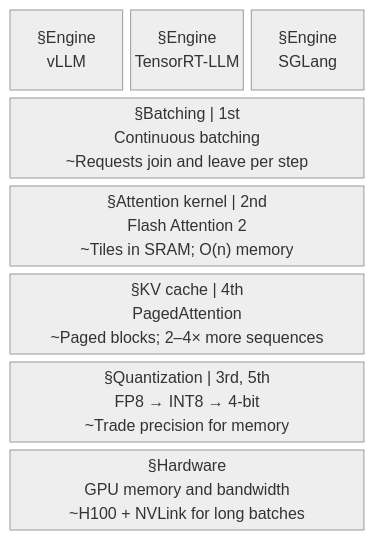
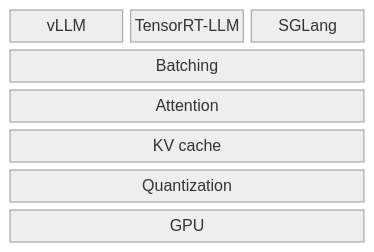
Before and after one commit to ninadpathak/ninadpathak: the diagram in content/diagrams/llm-inference-optimization/inference-stack.mmd, drawn with Mermaid (neutral theme). The commit also changed 64 other files, not shown here.

First line of the commit message:
Make article images visual: glyph library, word budget, and v3 samples

```diff
--- a/content/diagrams/llm-inference-optimization/inference-stack.mmd
+++ b/content/diagrams/llm-inference-optimization/inference-stack.mmd
@@ -1,39 +1,26 @@
 %% @fig 01
 %% @kicker Inference optimization stack
-%% @alt The inference stack, top to bottom: serving engines (vLLM, TensorRT-LLM, SGLang), continuous batching, the Flash Attention 2 kernel, PagedAttention for the KV cache, quantization from FP8 to INT8 to 4-bit, and the GPU. Numbered tags give the order to apply them: continuous batching first, Flash Attention 2 second, FP8 third, PagedAttention fourth, INT8 or 4-bit last.
-%% @caption Apply the levers in the numbered order. The basics move throughput more than the sophisticated techniques do.
-%% @dim batch | quant | Four software levers
-%% @table Order of application | # | Technique | Typical effect | Trade-off
-%% @row 1 | Continuous batching | 10–20× | Memory reserved for max batch
-%% @row 2 | Flash Attention 2 | 2–4× | Baseline; O(n) memory
-%% @row 3 | FP8 quantization | 40–50% | Modest speedup
-%% @row 4 | PagedAttention | 2–4× | Long contexts, high concurrency
-%% @row 5 | INT8 or 4-bit | 1–3% | Quality loss; 5–8% on code
-%% @detail kv | KV cache · 70B, 128K context | One sequence: ≈ 64 GB; 16 sequences: ≈ 1 TB
-%% @detail batch | Over-reserved batch | max_num_seqs: 256; Live sequences: ≈ 30; Phantom slots: 226
-%% @legend accent=Apply first; outcome=Serving engine
+%% @alt The inference stack as layered slabs, top to bottom: serving engines (vLLM, TensorRT-LLM, SGLang); continuous batching, drawn as request lanes where a finished request frees its slot for a new one; Flash Attention, drawn as a score matrix streamed tile by tile into on-chip memory; the paged KV cache, drawn as three sequences mapped onto scattered memory blocks; quantization, drawn as one weight at 16, 8, and 4 bits; and the GPU with its memory stacks. Numbered squares give the order to apply them: batching, attention kernel, FP8, paged KV cache, then INT8 or 4-bit.
+%% @caption Apply the levers in the numbered order. Continuous batching moves throughput 10–20× on its own; the article covers each lever's trade-off.
+%% @glyph e1 | rack
+%% @glyph e2 | rack
+%% @glyph e3 | rack accent
+%% @glyph batch | queue
+%% @glyph attn | sram
+%% @glyph kv | paged
+%% @glyph quant | quant
+%% @glyph gpu | gpu
+%% @step batch | 1
+%% @step attn | 2
+%% @step quant | 3
+%% @step kv | 4
 block-beta
   columns 3
-  e1["§Engine
-vLLM"]
-  e2["§Engine
-TensorRT-LLM"]
-  e3["§Engine
-SGLang"]
-  batch["§Batching | 1st
-Continuous batching
-~Requests join and leave per step"]:3
-  attn["§Attention kernel | 2nd
-Flash Attention 2
-~Tiles in SRAM; O(n) memory"]:3
-  kv["§KV cache | 4th
-PagedAttention
-~Paged blocks; 2–4× more sequences"]:3
-  quant["§Quantization | 3rd, 5th
-FP8 → INT8 → 4-bit
-~Trade precision for memory"]:3
-  gpu["§Hardware
-GPU memory and bandwidth
-~H100 + NVLink for long batches"]:3
-  class e1,e2,e3 outcome
-  class batch accent
+  e1["vLLM"]
+  e2["TensorRT-LLM"]
+  e3["SGLang"]
+  batch["Batching"]:3
+  attn["Attention"]:3
+  kv["KV cache"]:3
+  quant["Quantization"]:3
+  gpu["GPU"]:3
```
